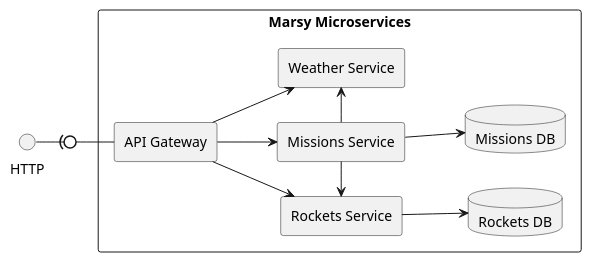
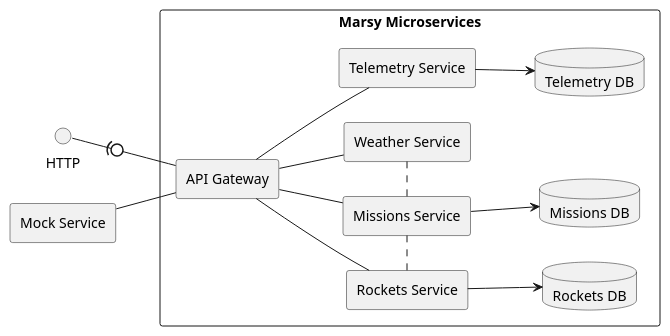
One commit to ImeneYAHIAOUI/MARS-Y changed the diagram in docs/architecture-diagram.wsd. Above: the diagram before and after it, drawn with PlantUML. The commit also changed 1 other file, not shown here.

```diff
--- a/docs/architecture-diagram.wsd
+++ b/docs/architecture-diagram.wsd
@@ -1,33 +1,42 @@
 @startuml
 skinparam componentStyle rectangle
 left to right direction
 
 
 rectangle "Marsy Microservices" as backend {
 
 
     component "Missions Service" as s_mission     
     
     component "Rockets Service" as s_rocket
     component "Weather Service" as s_weather
 
+    component "Telemetry Service" as s_telemtry
+
     component "API Gateway" as api_gateway
 
     database "Rockets DB" as db_rockets
     database "Missions DB" as db_missions
+    database "Telemetry DB" as db_telemetry
 
-    api_gateway --> s_mission
-    api_gateway --> s_rocket
-    api_gateway --> s_weather
+    api_gateway -- s_mission
+    api_gateway -- s_rocket
+    api_gateway -- s_weather
+    api_gateway -- s_telemtry
 
-    s_mission -left-> s_rocket
-    s_mission -right-> s_weather
+    s_mission .left. s_rocket
+    s_mission .right. s_weather
 
     s_mission --> db_missions
     s_rocket --> db_rockets
+    s_telemtry --> db_telemetry
 }
+
+component "Mock Service" as s_mock
+
+s_mock -- api_gateway
 
 api_gateway -u0)- HTTP
 
 
 @enduml
```
